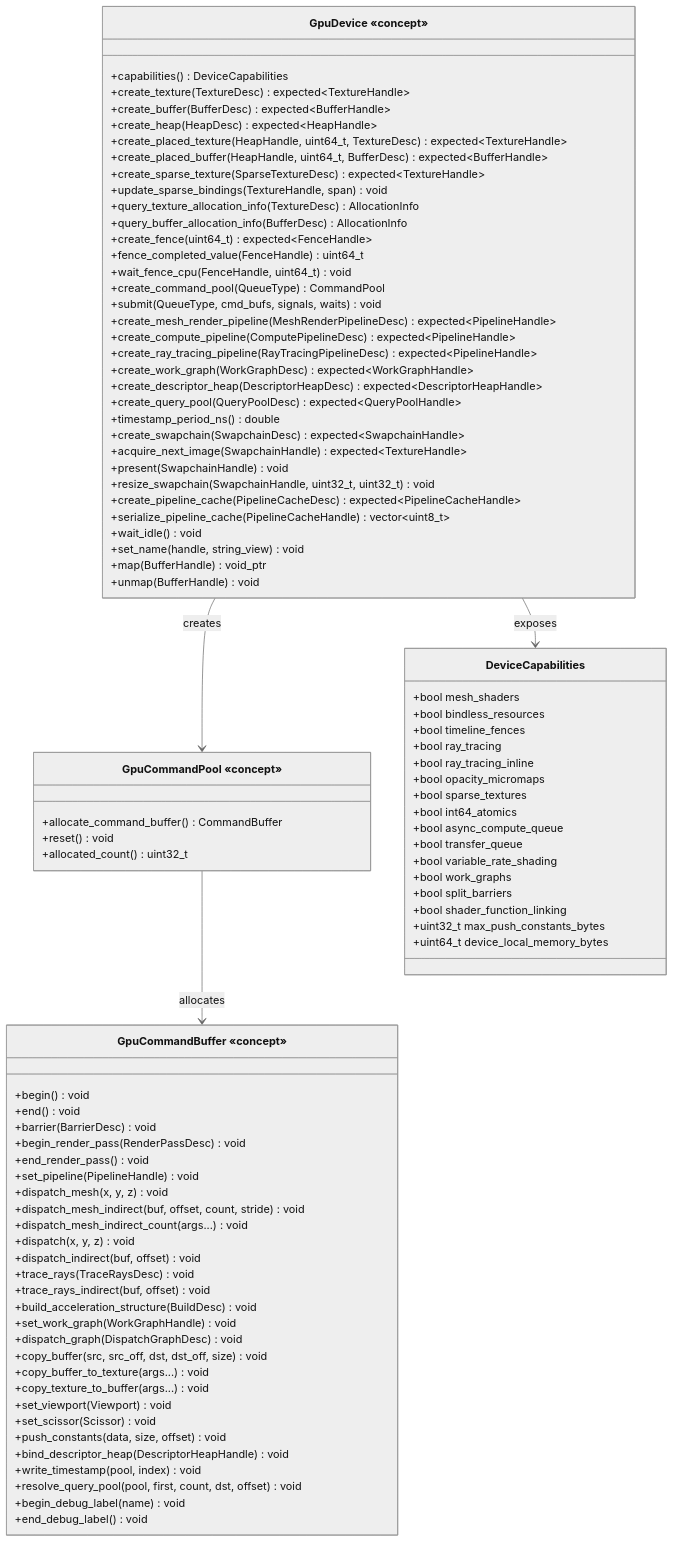
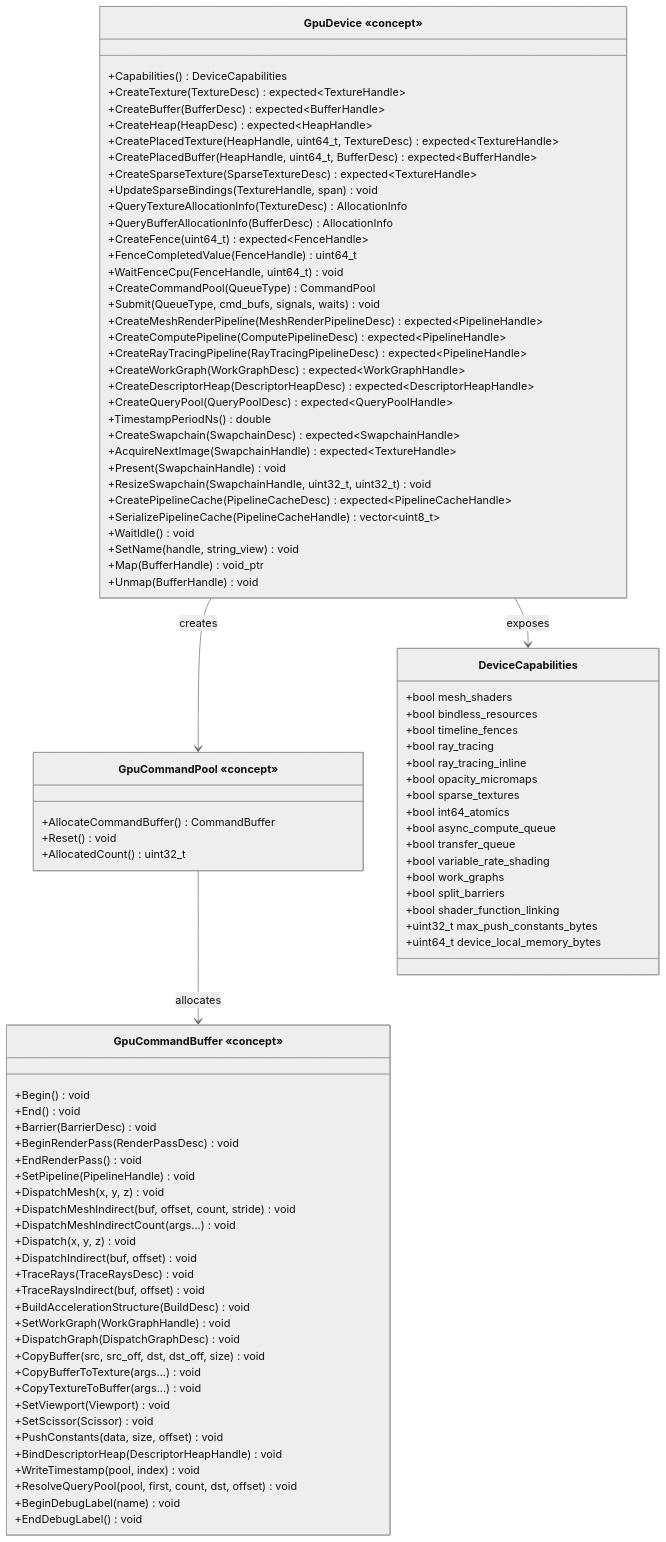
Before and after one commit to harmonius-dev/harmonius: the ninth of 15 diagrams in docs/design/render-graph-classes.md, drawn with Mermaid (neutral theme). The commit also changed other lines of this file and 67 other files, not shown here.

````diff
--- a/docs/design/render-graph-classes.md
+++ b/docs/design/render-graph-classes.md
@@ -756,72 +756,72 @@
 ```mermaid
 classDiagram
     class GpuDevice["GpuDevice «concept»"] {
-        +capabilities() DeviceCapabilities
-        +create_texture(TextureDesc) expected~TextureHandle~
-        +create_buffer(BufferDesc) expected~BufferHandle~
-        +create_heap(HeapDesc) expected~HeapHandle~
-        +create_placed_texture(HeapHandle, uint64_t, TextureDesc) expected~TextureHandle~
-        +create_placed_buffer(HeapHandle, uint64_t, BufferDesc) expected~BufferHandle~
-        +create_sparse_texture(SparseTextureDesc) expected~TextureHandle~
-        +update_sparse_bindings(TextureHandle, span) void
-        +query_texture_allocation_info(TextureDesc) AllocationInfo
-        +query_buffer_allocation_info(BufferDesc) AllocationInfo
-        +create_fence(uint64_t) expected~FenceHandle~
-        +fence_completed_value(FenceHandle) uint64_t
-        +wait_fence_cpu(FenceHandle, uint64_t) void
-        +create_command_pool(QueueType) CommandPool
-        +submit(QueueType, cmd_bufs, signals, waits) void
-        +create_mesh_render_pipeline(MeshRenderPipelineDesc) expected~PipelineHandle~
-        +create_compute_pipeline(ComputePipelineDesc) expected~PipelineHandle~
-        +create_ray_tracing_pipeline(RayTracingPipelineDesc) expected~PipelineHandle~
-        +create_work_graph(WorkGraphDesc) expected~WorkGraphHandle~
-        +create_descriptor_heap(DescriptorHeapDesc) expected~DescriptorHeapHandle~
-        +create_query_pool(QueryPoolDesc) expected~QueryPoolHandle~
-        +timestamp_period_ns() double
-        +create_swapchain(SwapchainDesc) expected~SwapchainHandle~
-        +acquire_next_image(SwapchainHandle) expected~TextureHandle~
-        +present(SwapchainHandle) void
-        +resize_swapchain(SwapchainHandle, uint32_t, uint32_t) void
-        +create_pipeline_cache(PipelineCacheDesc) expected~PipelineCacheHandle~
-        +serialize_pipeline_cache(PipelineCacheHandle) vector~uint8_t~
-        +wait_idle() void
-        +set_name(handle, string_view) void
-        +map(BufferHandle) void_ptr
-        +unmap(BufferHandle) void
+        +Capabilities() DeviceCapabilities
+        +CreateTexture(TextureDesc) expected~TextureHandle~
+        +CreateBuffer(BufferDesc) expected~BufferHandle~
+        +CreateHeap(HeapDesc) expected~HeapHandle~
+        +CreatePlacedTexture(HeapHandle, uint64_t, TextureDesc) expected~TextureHandle~
+        +CreatePlacedBuffer(HeapHandle, uint64_t, BufferDesc) expected~BufferHandle~
+        +CreateSparseTexture(SparseTextureDesc) expected~TextureHandle~
+        +UpdateSparseBindings(TextureHandle, span) void
+        +QueryTextureAllocationInfo(TextureDesc) AllocationInfo
+        +QueryBufferAllocationInfo(BufferDesc) AllocationInfo
+        +CreateFence(uint64_t) expected~FenceHandle~
+        +FenceCompletedValue(FenceHandle) uint64_t
+        +WaitFenceCpu(FenceHandle, uint64_t) void
+        +CreateCommandPool(QueueType) CommandPool
+        +Submit(QueueType, cmd_bufs, signals, waits) void
+        +CreateMeshRenderPipeline(MeshRenderPipelineDesc) expected~PipelineHandle~
+        +CreateComputePipeline(ComputePipelineDesc) expected~PipelineHandle~
+        +CreateRayTracingPipeline(RayTracingPipelineDesc) expected~PipelineHandle~
+        +CreateWorkGraph(WorkGraphDesc) expected~WorkGraphHandle~
+        +CreateDescriptorHeap(DescriptorHeapDesc) expected~DescriptorHeapHandle~
+        +CreateQueryPool(QueryPoolDesc) expected~QueryPoolHandle~
+        +TimestampPeriodNs() double
+        +CreateSwapchain(SwapchainDesc) expected~SwapchainHandle~
+        +AcquireNextImage(SwapchainHandle) expected~TextureHandle~
+        +Present(SwapchainHandle) void
+        +ResizeSwapchain(SwapchainHandle, uint32_t, uint32_t) void
+        +CreatePipelineCache(PipelineCacheDesc) expected~PipelineCacheHandle~
+        +SerializePipelineCache(PipelineCacheHandle) vector~uint8_t~
+        +WaitIdle() void
+        +SetName(handle, string_view) void
+        +Map(BufferHandle) void_ptr
+        +Unmap(BufferHandle) void
     }
     class GpuCommandBuffer["GpuCommandBuffer «concept»"] {
-        +begin() void
-        +end() void
-        +barrier(BarrierDesc) void
-        +begin_render_pass(RenderPassDesc) void
-        +end_render_pass() void
-        +set_pipeline(PipelineHandle) void
-        +dispatch_mesh(x, y, z) void
-        +dispatch_mesh_indirect(buf, offset, count, stride) void
-        +dispatch_mesh_indirect_count(args...) void
-        +dispatch(x, y, z) void
-        +dispatch_indirect(buf, offset) void
-        +trace_rays(TraceRaysDesc) void
-        +trace_rays_indirect(buf, offset) void
-        +build_acceleration_structure(BuildDesc) void
-        +set_work_graph(WorkGraphHandle) void
-        +dispatch_graph(DispatchGraphDesc) void
-        +copy_buffer(src, src_off, dst, dst_off, size) void
-        +copy_buffer_to_texture(args...) void
-        +copy_texture_to_buffer(args...) void
-        +set_viewport(Viewport) void
-        +set_scissor(Scissor) void
-        +push_constants(data, size, offset) void
-        +bind_descriptor_heap(DescriptorHeapHandle) void
-        +write_timestamp(pool, index) void
-        +resolve_query_pool(pool, first, count, dst, offset) void
-        +begin_debug_label(name) void
-        +end_debug_label() void
+        +Begin() void
+        +End() void
+        +Barrier(BarrierDesc) void
+        +BeginRenderPass(RenderPassDesc) void
+        +EndRenderPass() void
+        +SetPipeline(PipelineHandle) void
+        +DispatchMesh(x, y, z) void
+        +DispatchMeshIndirect(buf, offset, count, stride) void
+        +DispatchMeshIndirectCount(args...) void
+        +Dispatch(x, y, z) void
+        +DispatchIndirect(buf, offset) void
+        +TraceRays(TraceRaysDesc) void
+        +TraceRaysIndirect(buf, offset) void
+        +BuildAccelerationStructure(BuildDesc) void
+        +SetWorkGraph(WorkGraphHandle) void
+        +DispatchGraph(DispatchGraphDesc) void
+        +CopyBuffer(src, src_off, dst, dst_off, size) void
+        +CopyBufferToTexture(args...) void
+        +CopyTextureToBuffer(args...) void
+        +SetViewport(Viewport) void
+        +SetScissor(Scissor) void
+        +PushConstants(data, size, offset) void
+        +BindDescriptorHeap(DescriptorHeapHandle) void
+        +WriteTimestamp(pool, index) void
+        +ResolveQueryPool(pool, first, count, dst, offset) void
+        +BeginDebugLabel(name) void
+        +EndDebugLabel() void
     }
     class GpuCommandPool["GpuCommandPool «concept»"] {
-        +allocate_command_buffer() CommandBuffer
-        +reset() void
-        +allocated_count() uint32_t
+        +AllocateCommandBuffer() CommandBuffer
+        +Reset() void
+        +AllocatedCount() uint32_t
     }
     class DeviceCapabilities {
         +bool mesh_shaders
````
